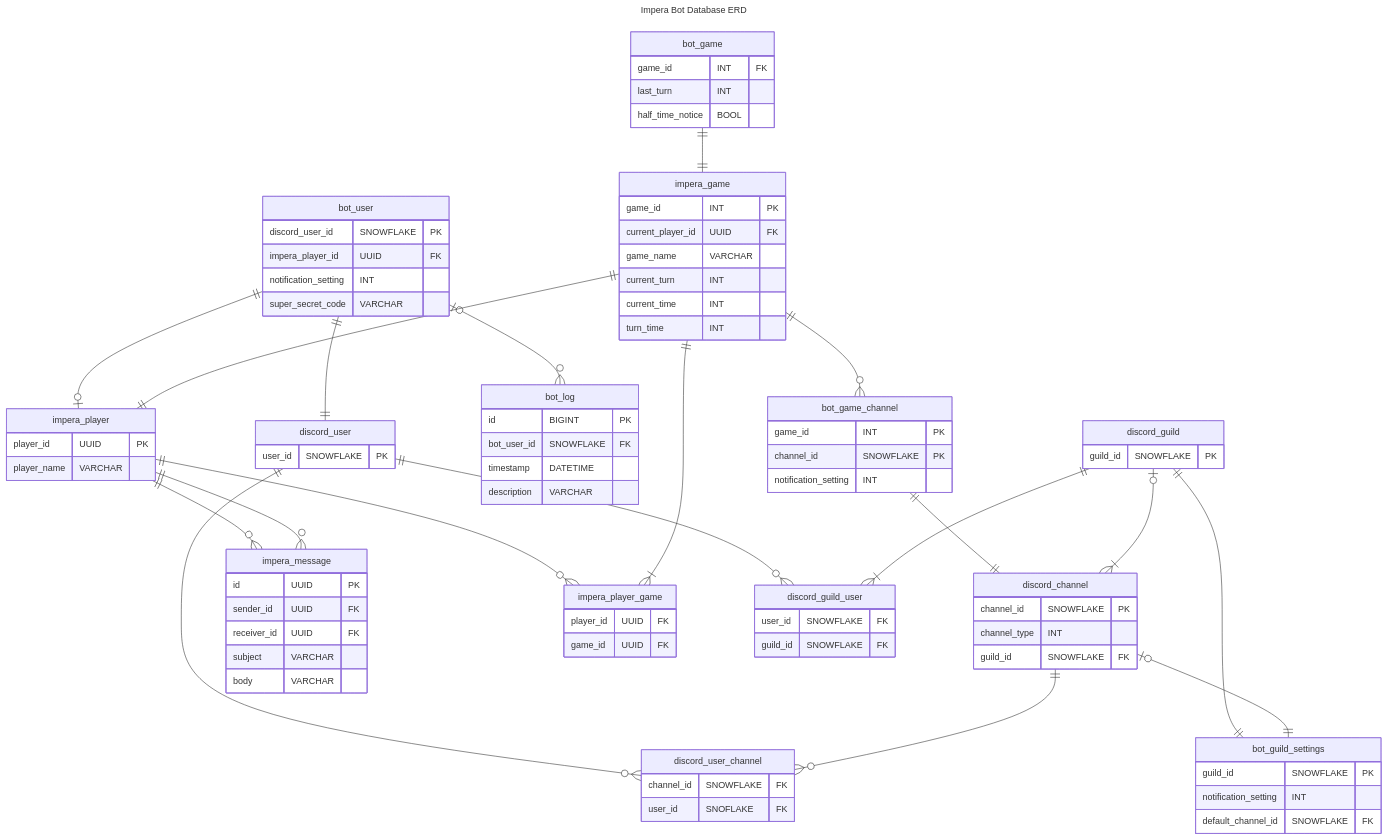
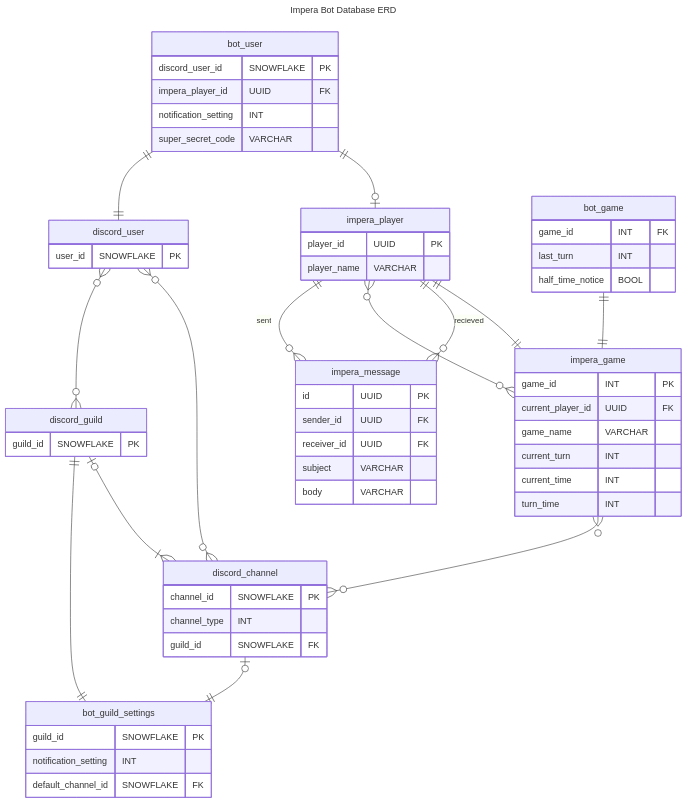
Before and after one commit to Lelebees/impera-turn-ping: the diagram in documentation/ERD.md, drawn with Mermaid. The commit also changed 38 other files, not shown here.

````diff
--- a/documentation/ERD.md
+++ b/documentation/ERD.md
@@ -1,4 +1,4 @@
-``` mermaid
+```mermaid
 ---
 title: Impera Bot Database ERD
 ---
@@ -6,30 +6,19 @@
 
 bot_user ||--|| discord_user : ""
 bot_user ||--|o impera_player : ""
-bot_user |o--o{ bot_log : ""
-bot_game_channel ||--|| discord_channel : ""
 bot_game ||--|| impera_game : ""
-
-impera_player ||--o{ impera_message : ""
-impera_player ||--o{ impera_player_game : ""
-impera_game ||--|{ impera_player_game : ""
-impera_game ||--o{ bot_game_channel : ""
+    impera_player ||--o{ impera_message: "sent"
+    impera_player }o--o{ impera_game: ""
+    impera_game }o--o{ discord_channel: ""
 impera_game ||--|| impera_player : ""
-impera_message }o--|| impera_player : ""
-
-discord_user ||--o{ discord_user_channel : ""
-discord_user ||--o{ discord_guild_user : ""
-discord_guild ||--|{ discord_guild_user : ""
+    impera_message }o--|| impera_player: "recieved"
+    discord_user }o--o{ discord_guild: ""
+    discord_user }o--o{ discord_channel: ""
 discord_guild ||--|| bot_guild_settings : ""
 discord_guild |o--|{ discord_channel : ""
 discord_channel |o--|| bot_guild_settings : ""
-discord_channel ||--o{ discord_user_channel : ""
 
-bot_guild_settings {
-    guild_id SNOWFLAKE PK
-    notification_setting INT
-    default_channel_id SNOWFLAKE FK
-}
+
 bot_game {
     game_id INT FK
     last_turn INT
@@ -48,10 +37,6 @@
 discord_user {
     user_id SNOWFLAKE PK
 }
-impera_player_game {
-    player_id UUID FK
-    game_id UUID FK
-}
 impera_game {
     game_id INT PK
     current_player_id UUID FK
@@ -60,33 +45,18 @@
     current_time INT
     turn_time INT
 }
-bot_game_channel {
-    game_id INT PK
+    discord_channel {
     channel_id SNOWFLAKE PK
-    notification_setting INT
-}
-discord_guild_user {
-    user_id SNOWFLAKE FK
+        channel_type INT
     guild_id SNOWFLAKE FK
 }
 discord_guild {
     guild_id SNOWFLAKE PK
 }
-discord_channel {
-    channel_id SNOWFLAKE PK
-    channel_type INT
-    guild_id SNOWFLAKE FK
-}
-discord_user_channel {
-    channel_id SNOWFLAKE FK
-    user_id SNOFLAKE FK
-}
-
-bot_log {
-    id BIGINT PK
-    bot_user_id SNOWFLAKE FK
-    timestamp DATETIME
-    description VARCHAR
+    bot_guild_settings {
+        guild_id SNOWFLAKE PK
+        notification_setting INT
+        default_channel_id SNOWFLAKE FK
 }
 impera_message {
     id UUID PK
````
